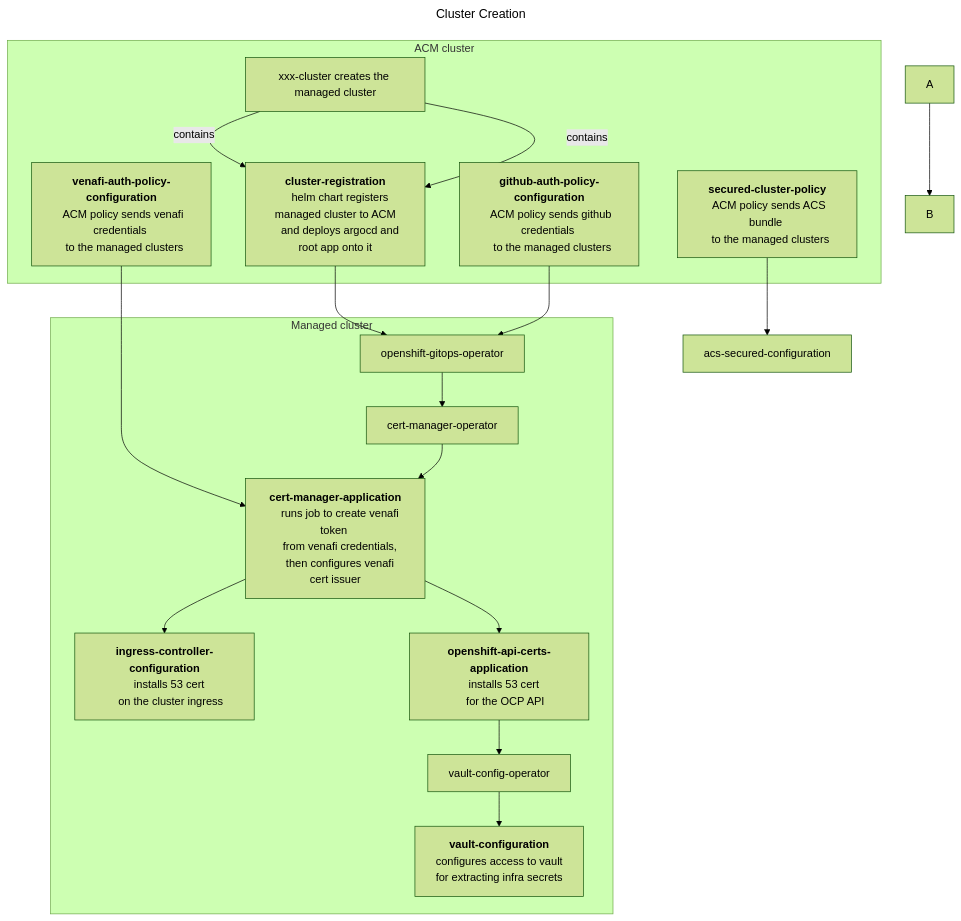
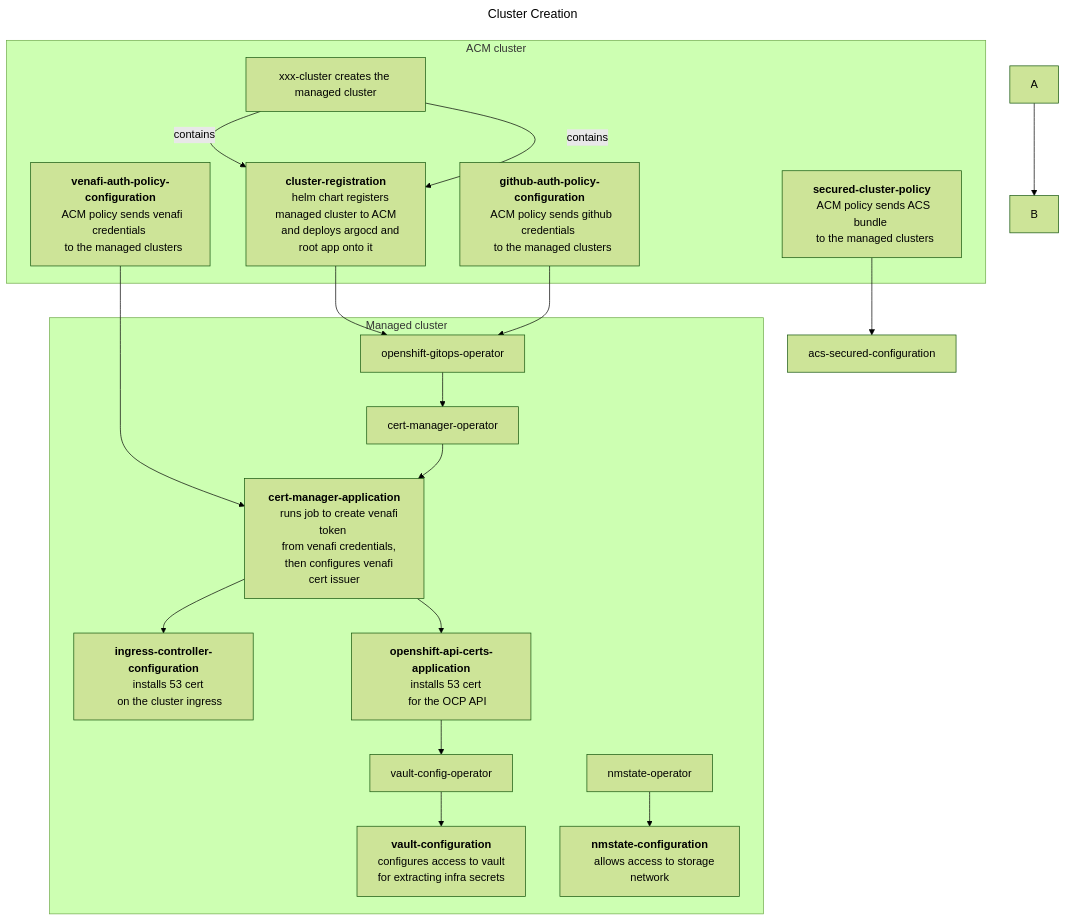
The diagram in test-mermaid/test-mermaid.build.md (mmwillingham/acm), drawn with Mermaid (forest theme) before and after one commit. The commit also changed other lines of this file, not shown here.

````diff
--- a/test-mermaid/test-mermaid.build.md
+++ b/test-mermaid/test-mermaid.build.md
@@ -2,45 +2,47 @@
 ```mermaid
 ---
 title: Cluster Creation
 ---
 flowchart TD
 A --> B
 venafi-auth-policy-configuration --> cert-manager-application
 cluster-registration --> openshift-gitops-operator
 github-auth-policy-configuration --> openshift-gitops-operator
 secured-cluster-policy --> acs-secured-configuration
 subgraph ACM cluster
 xxx-cluster["xxx-cluster creates the managed cluster"] -- contains --> cluster-registration["<b>cluster-registration</b>
   helm chart registers managed cluster to ACM
   and deploys argocd and root app onto it"]
 venafi-auth-policy-configuration["<b>venafi-auth-policy-configuration</b>
   ACM policy sends venafi credentials 
   to the managed clusters"]
 github-auth-policy-configuration["<b>github-auth-policy-configuration</b>
   ACM policy sends github credentials 
   to the managed clusters"]
 secured-cluster-policy["<b>secured-cluster-policy</b>
   ACM policy sends ACS bundle 
   to the managed clusters"]
 end
 subgraph Managed cluster
 xxx-cluster["xxx-cluster creates the managed cluster"] -- contains --> cluster-registration["<b>cluster-registration</b>
     helm chart registers managed cluster to ACM
     and deploys argocd and root app onto it"]
 openshift-gitops-operator --> cert-manager-operator
 cert-manager-operator --> cert-manager-application["<b>cert-manager-application</b>
     runs job to create venafi token 
     from venafi credentials, 
     then configures venafi cert issuer"]
 cert-manager-application --> ingress-controller-configuration["<b>ingress-controller-configuration</b>
     installs 53 cert 
     on the cluster ingress"]
 cert-manager-application --> openshift-api-certs-application["<b>openshift-api-certs-application</b>
     installs 53 cert 
     for the OCP API"]    
 openshift-api-certs-application --> vault-config-operator
 vault-config-operator --> vault-configuration["<b>vault-configuration</b>
     configures access to vault 
     for extracting infra secrets"]
+nmstate-operator --> nmstate-configuration["<b>nmstate-configuration</b>
+    allows access to storage network"]
 end
 ```
````
